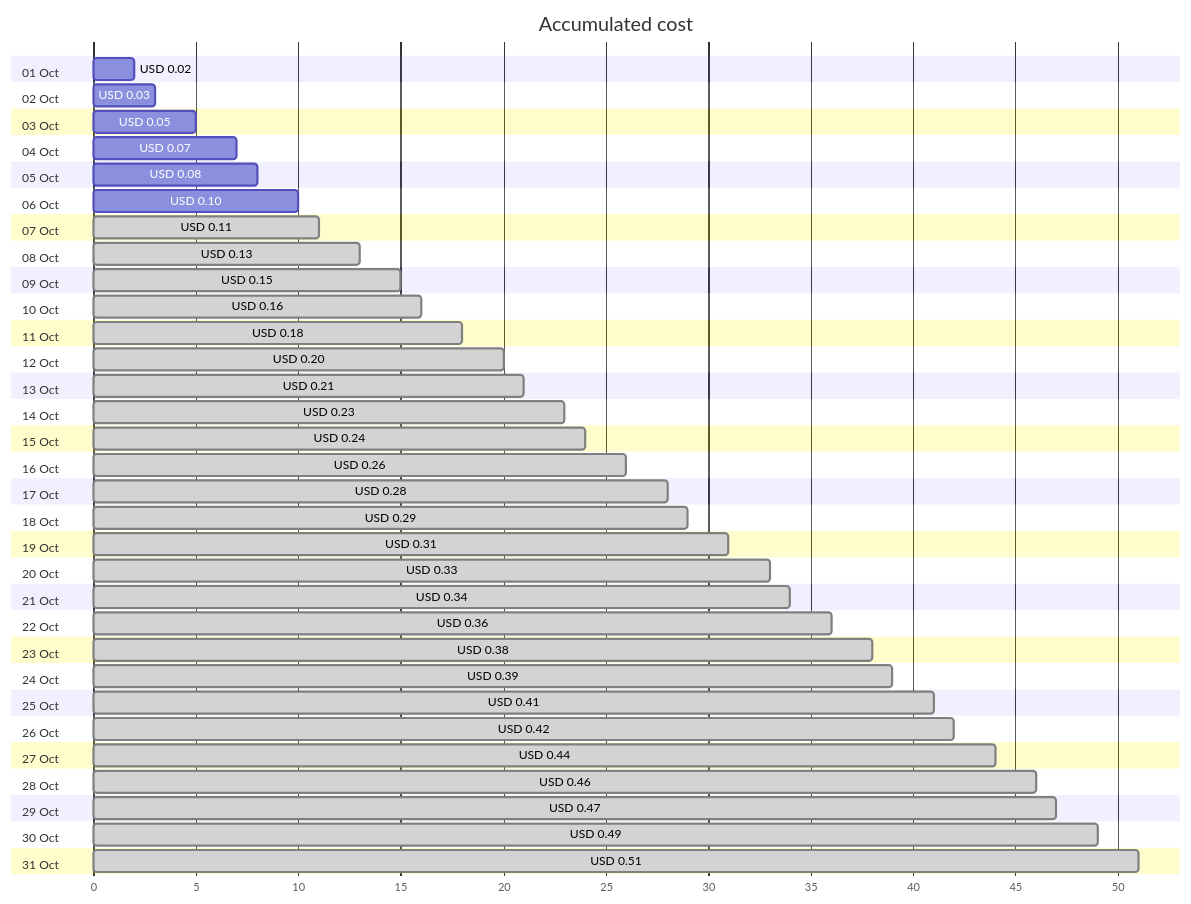
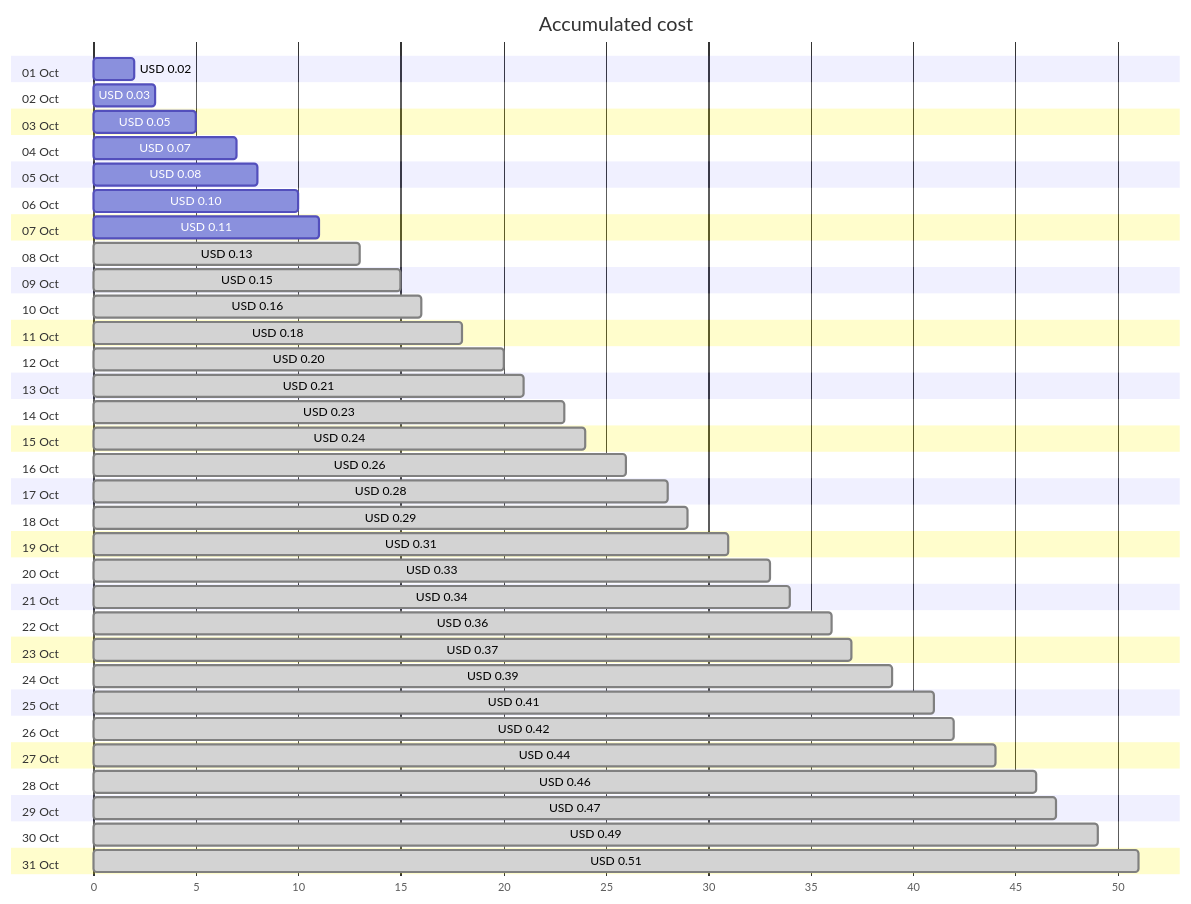
Before and after one commit to jpfulton/azure-personal-reports: the first of 4 diagrams in cost-reports/personal-dns/jpatrickfulton.com.md, drawn with Mermaid. The commit also changed other lines of this file and 2 other files, not shown here.

````diff
--- a/cost-reports/personal-dns/jpatrickfulton.com.md
+++ b/cost-reports/personal-dns/jpatrickfulton.com.md
@@ -20,68 +20,68 @@
 ```mermaid
 gantt
    title Accumulated cost
    dateFormat  X
    axisFormat %s
    section 01 Oct
    USD 0.02 :0, 2
    section 02 Oct
    USD 0.03 :0, 3
    section 03 Oct
    USD 0.05 :0, 5
    section 04 Oct
    USD 0.07 :0, 7
    section 05 Oct
    USD 0.08 :0, 8
    section 06 Oct
    USD 0.10 :0, 10
    section 07 Oct
-   USD 0.11 : done, 0, 11
+   USD 0.11 :0, 11
    section 08 Oct
    USD 0.13 : done, 0, 13
    section 09 Oct
    USD 0.15 : done, 0, 15
    section 10 Oct
    USD 0.16 : done, 0, 16
    section 11 Oct
    USD 0.18 : done, 0, 18
    section 12 Oct
    USD 0.20 : done, 0, 20
    section 13 Oct
    USD 0.21 : done, 0, 21
    section 14 Oct
    USD 0.23 : done, 0, 23
    section 15 Oct
    USD 0.24 : done, 0, 24
    section 16 Oct
    USD 0.26 : done, 0, 26
    section 17 Oct
    USD 0.28 : done, 0, 28
    section 18 Oct
    USD 0.29 : done, 0, 29
    section 19 Oct
    USD 0.31 : done, 0, 31
    section 20 Oct
    USD 0.33 : done, 0, 33
    section 21 Oct
    USD 0.34 : done, 0, 34
    section 22 Oct
    USD 0.36 : done, 0, 36
    section 23 Oct
-   USD 0.38 : done, 0, 38
+   USD 0.37 : done, 0, 37
    section 24 Oct
    USD 0.39 : done, 0, 39
    section 25 Oct
    USD 0.41 : done, 0, 41
    section 26 Oct
    USD 0.42 : done, 0, 42
    section 27 Oct
    USD 0.44 : done, 0, 44
    section 28 Oct
    USD 0.46 : done, 0, 46
    section 29 Oct
    USD 0.47 : done, 0, 47
    section 30 Oct
    USD 0.49 : done, 0, 49
    section 31 Oct
    USD 0.51 : done, 0, 51
 ```
````
